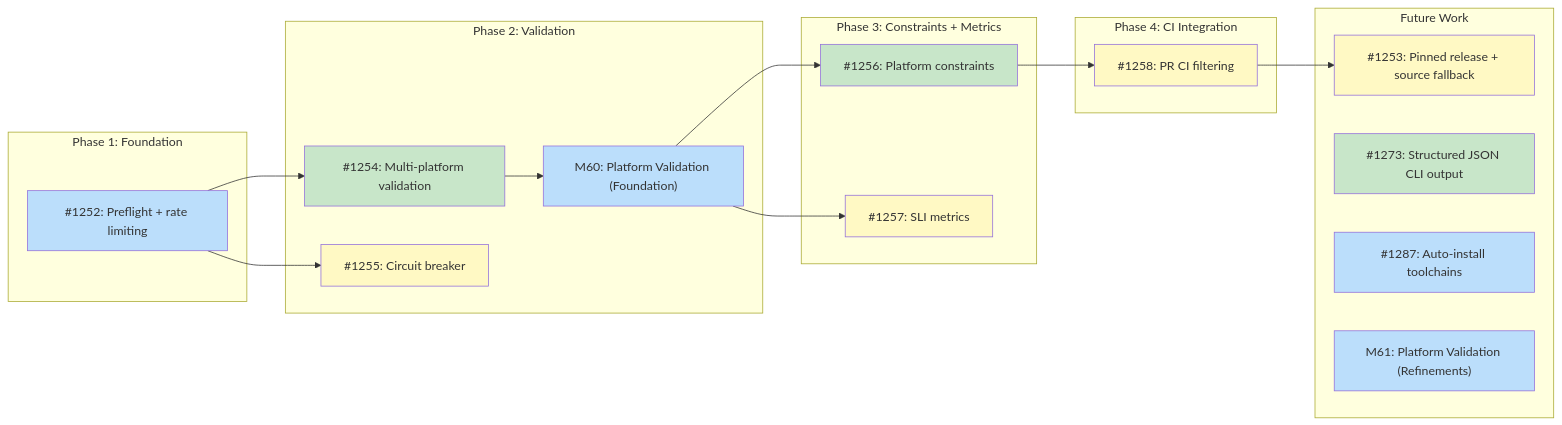
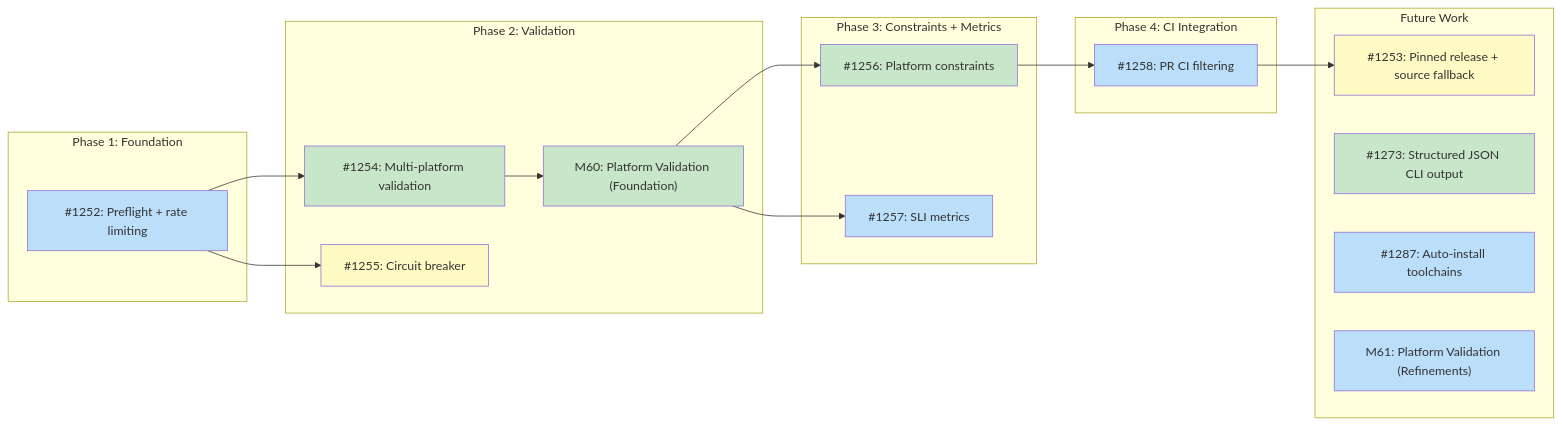
The diagram in docs/designs/DESIGN-batch-recipe-generation.md (tsukumogami/tsuku), drawn with Mermaid before and after one commit.

Commit message:
fix(ci): update diagram classes for M60, #1256, #1257, #1258
M60 milestone is closed (done). #1256 is done. #1257 and #1258 have
no open blockers (ready).

````diff
--- a/docs/designs/DESIGN-batch-recipe-generation.md
+++ b/docs/designs/DESIGN-batch-recipe-generation.md
@@ -32,49 +32,49 @@
 ```mermaid
 graph LR
     subgraph Phase1["Phase 1: Foundation"]
         I1252["#1252: Preflight + rate limiting"]
     end
 
     subgraph Phase2["Phase 2: Validation"]
         I1254["#1254: Multi-platform validation"]
         I1255["#1255: Circuit breaker"]
         M60["M60: Platform Validation (Foundation)"]
     end
 
     subgraph Phase3["Phase 3: Constraints + Metrics"]
         I1256["#1256: Platform constraints"]
         I1257["#1257: SLI metrics"]
     end
 
     subgraph Phase4["Phase 4: CI Integration"]
         I1258["#1258: PR CI filtering"]
     end
 
     subgraph Future["Future Work"]
         I1253["#1253: Pinned release + source fallback"]
         I1273["#1273: Structured JSON CLI output"]
         I1287["#1287: Auto-install toolchains"]
         M61["M61: Platform Validation (Refinements)"]
     end
 
     I1252 --> I1254
     I1252 --> I1255
     I1254 --> M60
     M60 --> I1256
     M60 --> I1257
     I1256 --> I1258
     I1258 --> I1253
 
     classDef done fill:#c8e6c9
     classDef ready fill:#bbdefb
     classDef blocked fill:#fff9c4
     classDef needsDesign fill:#e1bee7
 
     class I1252 ready
     class I1253 blocked
     class I1254,I1273 done
     class I1252,I1287,M61 ready
-    class M60 ready
-    class I1256 done
-    class I1255,I1257,I1258 blocked
+    class M60,I1256 done
+    class I1255 blocked
+    class I1257,I1258 ready
 ```
````
